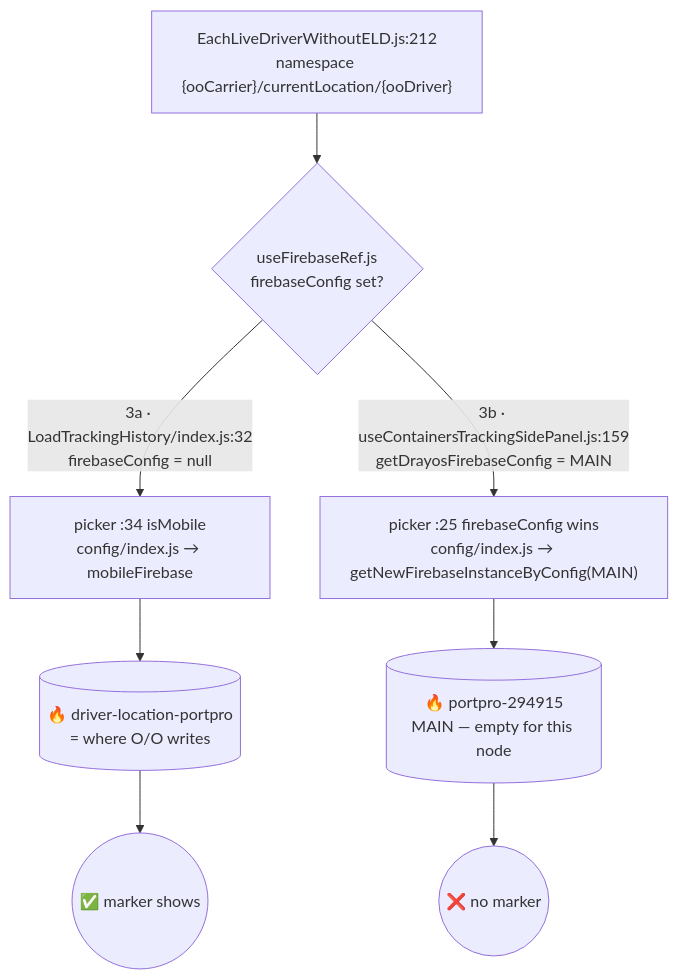
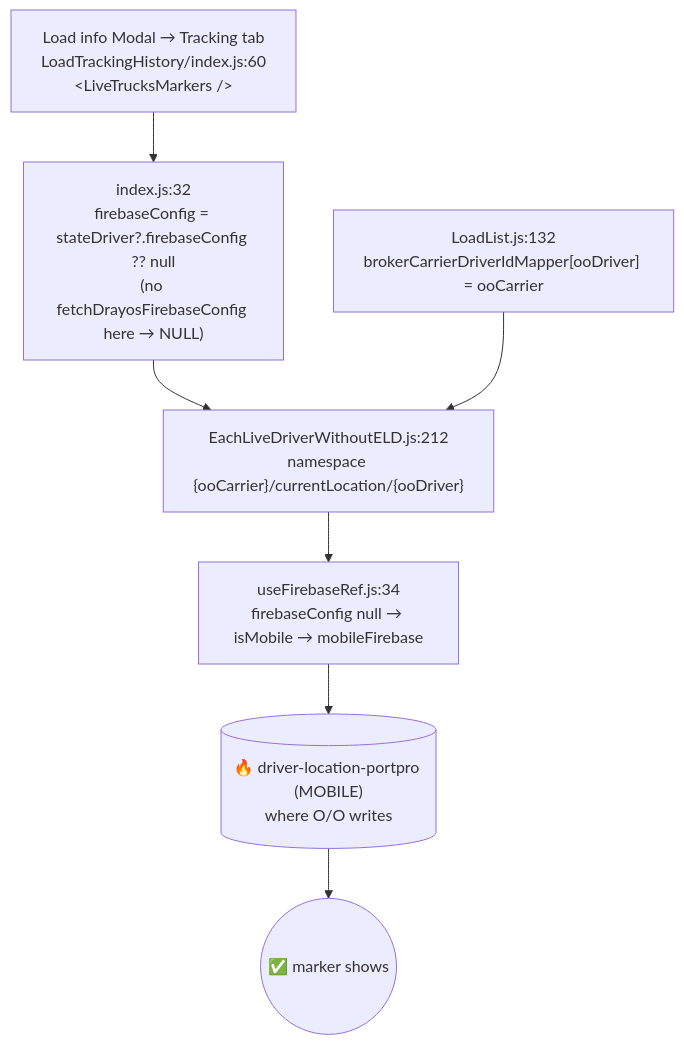
One commit to lamadev7/Obsidian-Vault changed the fifth of 5 diagrams in raw/Live Tracking Architecture/03 - Flow 3 - Hybrid to OO Carrier.md. Above: the diagram before and after it, drawn with Mermaid. The commit also changed other lines of this file, not shown here.

Commit message:
Flow 3: split READ half by page (Containers ❌ vs Load-info modal ✅) with per-page diagrams

````diff
--- a/raw/Live Tracking Architecture/03 - Flow 3 - Hybrid to OO Carrier.md
+++ b/raw/Live Tracking Architecture/03 - Flow 3 - Hybrid to OO Carrier.md
@@ -147,10 +177,14 @@
 ```mermaid
 flowchart TD
-  N["EachLiveDriverWithoutELD.js:212<br/>namespace {ooCarrier}/currentLocation/{ooDriver}"] --> Q{"useFirebaseRef.js<br/>firebaseConfig set?"}
-  Q -->|"3a · LoadTrackingHistory/index.js:32<br/>firebaseConfig = null"| A["picker :34 isMobile<br/>config/index.js → mobileFirebase"]
-  Q -->|"3b · useContainersTrackingSidePanel.js:159<br/>getDrayosFirebaseConfig = MAIN"| B["picker :25 firebaseConfig wins<br/>config/index.js → getNewFirebaseInstanceByConfig(MAIN)"]
-  A --> AR[("🔥 driver-location-portpro<br/>= where O/O writes")]
-  B --> BR[("🔥 portpro-294915<br/>MAIN — empty for this node")]
-  AR --> OK(("✅ marker shows"))
-  BR --> BAD(("❌ no marker"))
+  P["Load info Modal → Tracking tab<br/>LoadTrackingHistory/index.js:60<br/>&lt;LiveTrucksMarkers /&gt;"]
+  CFG["index.js:32<br/>firebaseConfig = stateDriver?.firebaseConfig ?? null<br/>(no fetchDrayosFirebaseConfig here → NULL)"]
+  LL["LoadList.js:132<br/>brokerCarrierDriverIdMapper[ooDriver] = ooCarrier"]
+  ELD["EachLiveDriverWithoutELD.js:212<br/>namespace {ooCarrier}/currentLocation/{ooDriver}"]
+  PICK["useFirebaseRef.js:34<br/>firebaseConfig null → isMobile → mobileFirebase"]
+  FBm[("🔥 driver-location-portpro (MOBILE)<br/>where O/O writes")]
+  OK(("✅ marker shows"))
+
+  P --> CFG --> ELD
+  LL --> ELD
+  ELD --> PICK --> FBm --> OK
 ```
````
